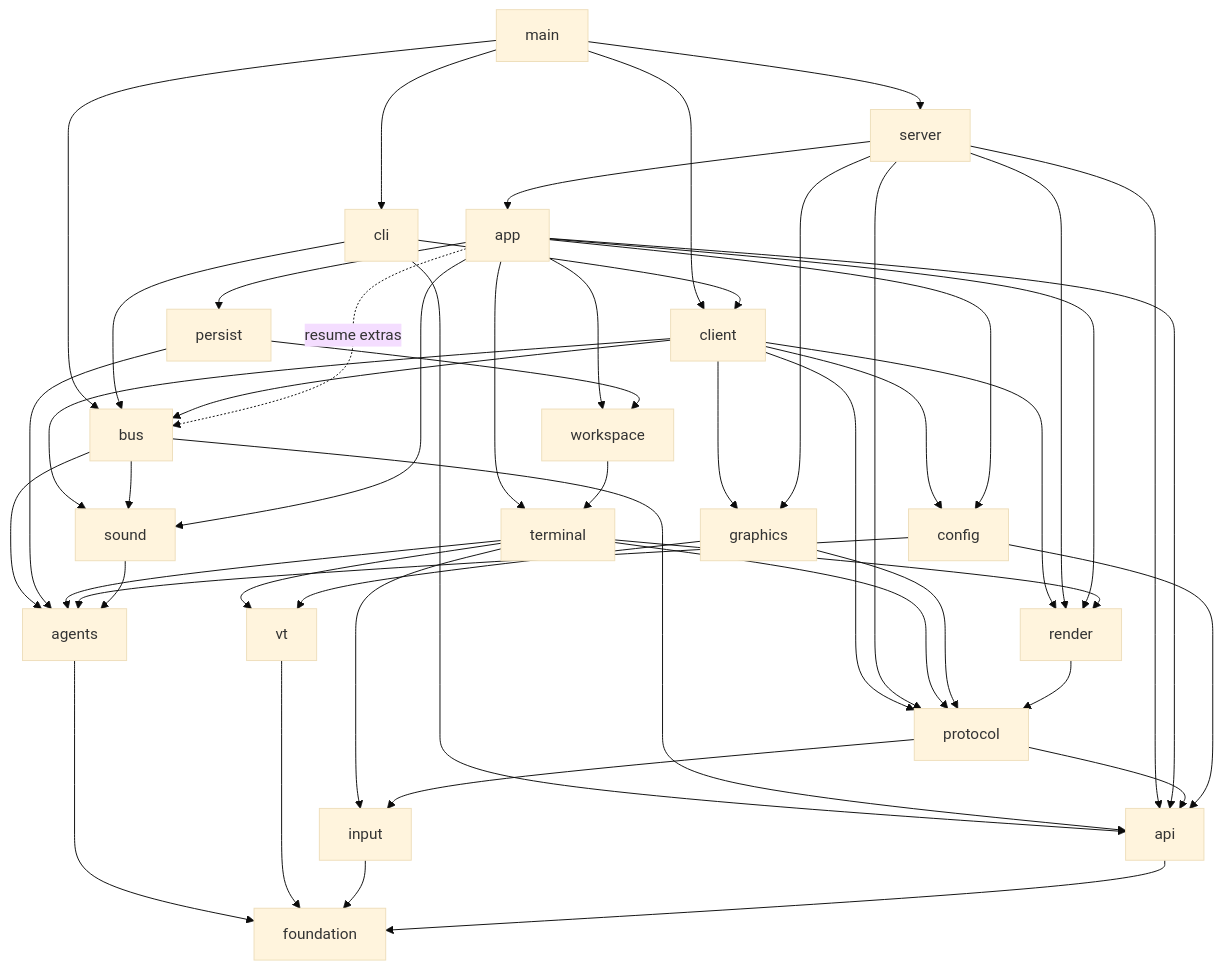
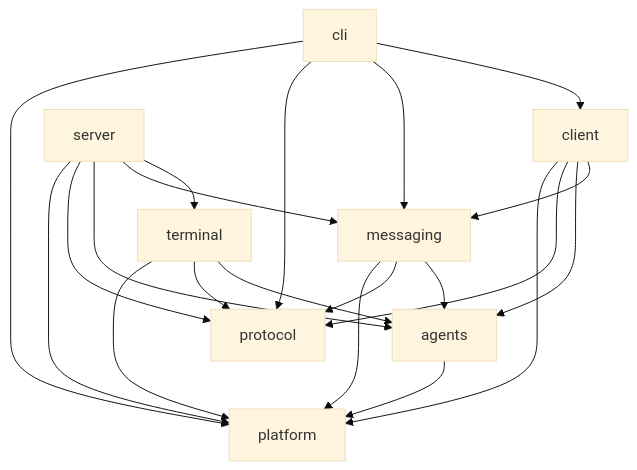
One commit to asura1234/bus changed the first of 4 diagrams in docs/bus-architecture.md. Above: the diagram before and after it, drawn with Mermaid (base theme). The commit also changed other lines of this file, not shown here.

Commit message:
docs: restructure bus around nine src components and markdown orchestration

````diff
--- a/docs/bus-architecture.md
+++ b/docs/bus-architecture.md
@@ -202,22 +200,10 @@
 ```mermaid
 flowchart TD
-  main --> cli & server & client & bus
-  cli --> client & bus & api
-  client --> bus & protocol & render & graphics & sound & config
-  bus --> api & agents & sound
-  server --> app & api & protocol & render & graphics
-  app --> persist & workspace & terminal & config & api & render & sound
-  app -. resume extras .-> bus
-  persist --> workspace & agents
-  workspace --> terminal
-  terminal --> agents & protocol & render & vt & input
-  graphics --> protocol & vt
-  render --> protocol
-  protocol --> input & api
-  config --> agents & api
-  sound --> agents
-  agents --> foundation
-  vt --> foundation
-  input --> foundation
-  api --> foundation
+  cli --> client & messaging & protocol & platform
+  client --> messaging & agents & protocol & platform
+  server --> terminal & messaging & agents & protocol & platform
+  messaging --> agents & protocol & platform
+  terminal --> agents & protocol & platform
+  agents --> platform
+  protocol
 ```
````
